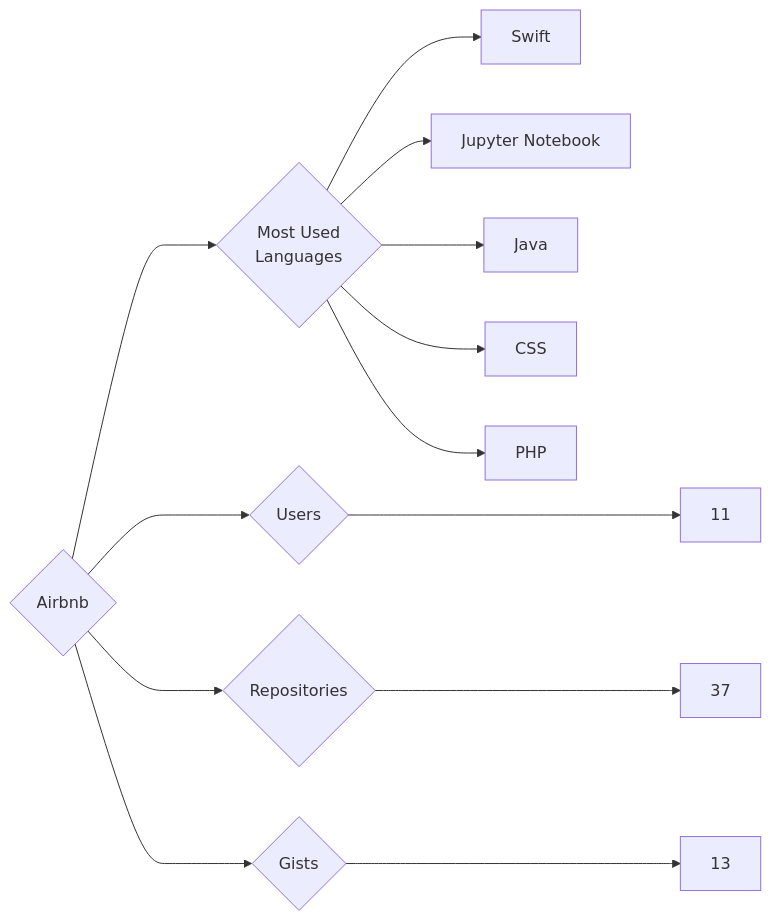
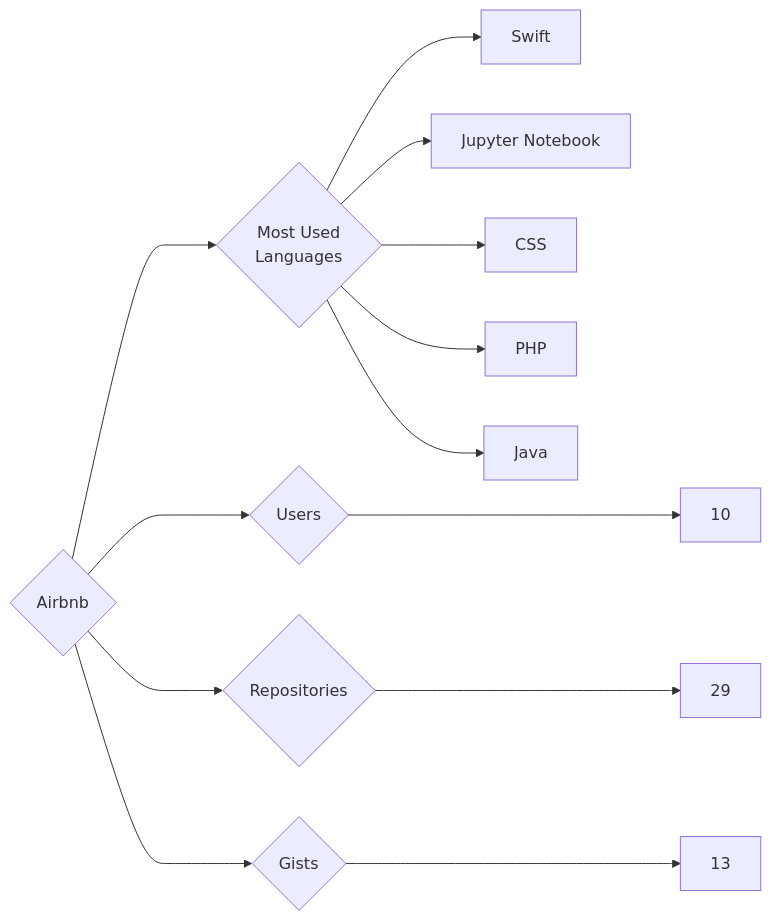
Before and after one commit to trickest/insiders: the diagram in targets/Airbnb/README.md, drawn with Mermaid. The commit also changed 1084 other files, not shown here.

````diff
--- a/targets/Airbnb/README.md
+++ b/targets/Airbnb/README.md
@@ -3,13 +3,13 @@
 ```mermaid
 graph LR
 COMPANY_NAME{Airbnb}
-COMPANY_NAME ---> U{Users} ---> UN[11]
-COMPANY_NAME ---> R{Repositories} ---> RN[37]
+COMPANY_NAME ---> U{Users} ---> UN[10]
+COMPANY_NAME ---> R{Repositories} ---> RN[29]
 COMPANY_NAME ---> G{Gists} ---> GN[13]
 COMPANY_NAME ---> ML{Most Used<br>Languages}
 ML --> Swift[Swift]
 ML --> Jupyter_Notebook[Jupyter Notebook]
-ML --> Java[Java]
 ML --> CSS[CSS]
 ML --> PHP[PHP]
+ML --> Java[Java]
 ```
````
